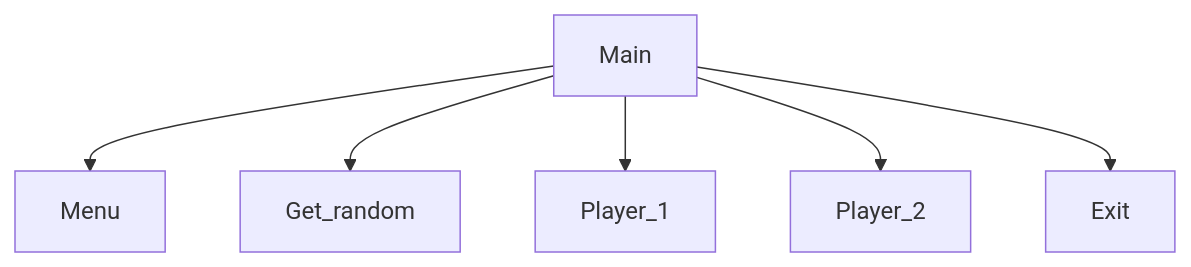
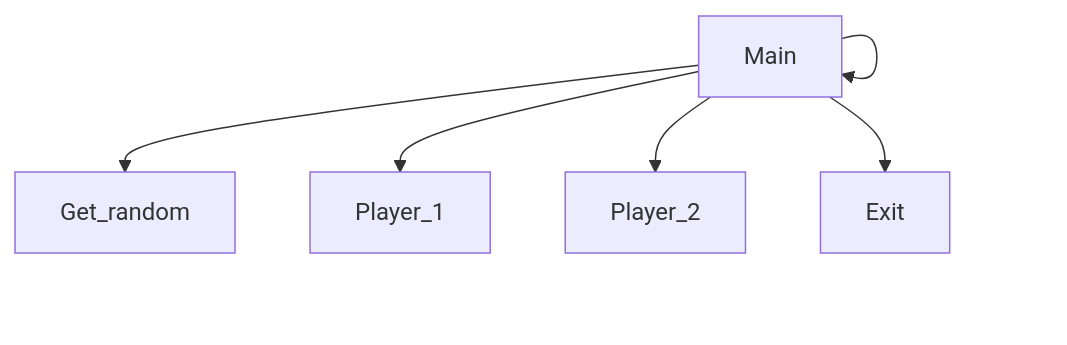
One commit to Oliver-915/Chapter-5-Project changed the diagram in README.md. Above: the diagram before and after it, drawn with Mermaid. The commit also changed other lines of this file, not shown here.

````diff
--- a/README.md
+++ b/README.md
@@ -8,8 +8,8 @@
 ```mermaid
 graph TD;
-  Main-->Menu;
+  Main-->Main;
   Main-->Get_random;
   Main-->Player_1;
   Main-->Player_2;
   Main-->Exit;
 ```
````
